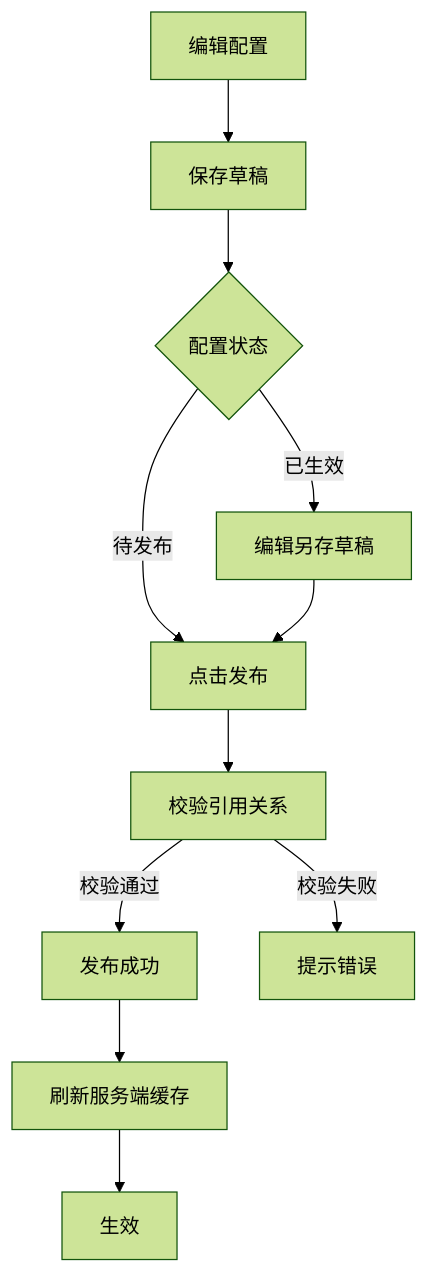
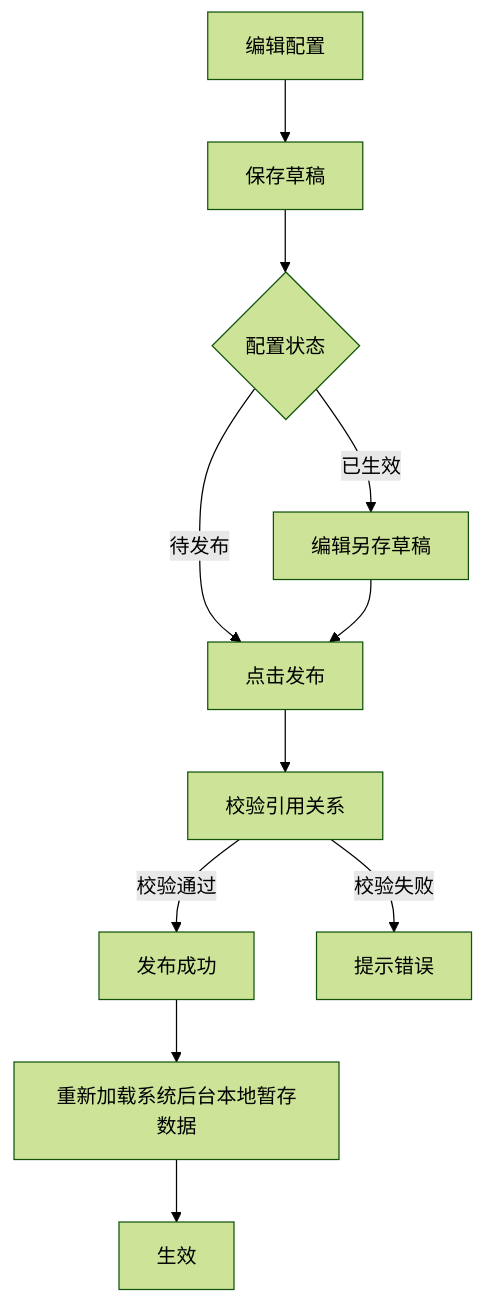
Diagram 12 of 12 in CP系统需求文档_v1.0.md (kocekid/CP1.0-Requirements), drawn with Mermaid (forest theme) before and after one commit. The commit also changed other lines of this file, not shown here.

Commit message:
更新CP系统需求文档：图下需求拆解块全部重写为完整字段表结构

````diff
--- a/CP系统需求文档_v1.0.md
+++ b/CP系统需求文档_v1.0.md
@@ -3157,13 +5552,13 @@
 ```mermaid
 flowchart TD
     A[编辑配置] --> B[保存草稿]
     B --> C{配置状态}
     C -->|待发布| D[点击发布]
     D --> E[校验引用关系]
     E -->|校验通过| F[发布成功]
     E -->|校验失败| G[提示错误]
-    F --> H[刷新服务端缓存]
+    F --> H[重新加载系统后台本地暂存数据]
     H --> I[生效]
     C -->|已生效| J[编辑另存草稿]
     J --> D
 ```
````
